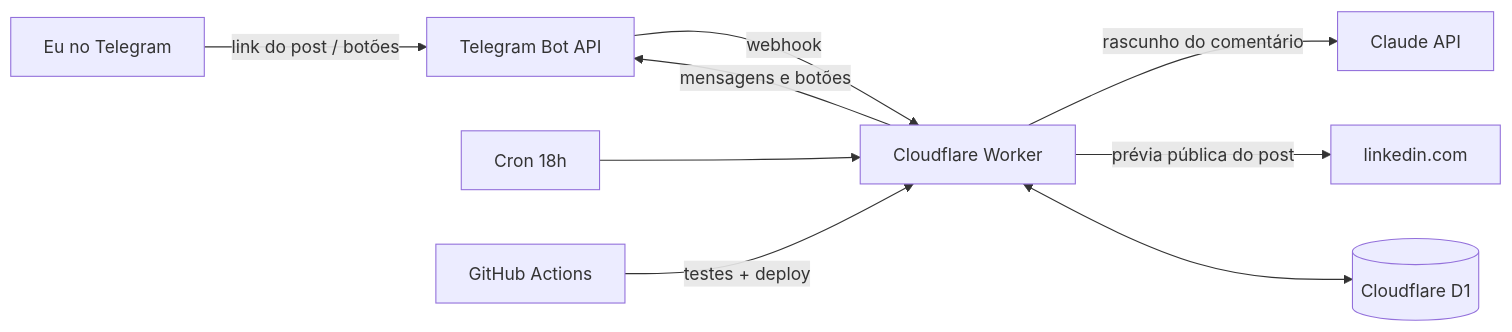
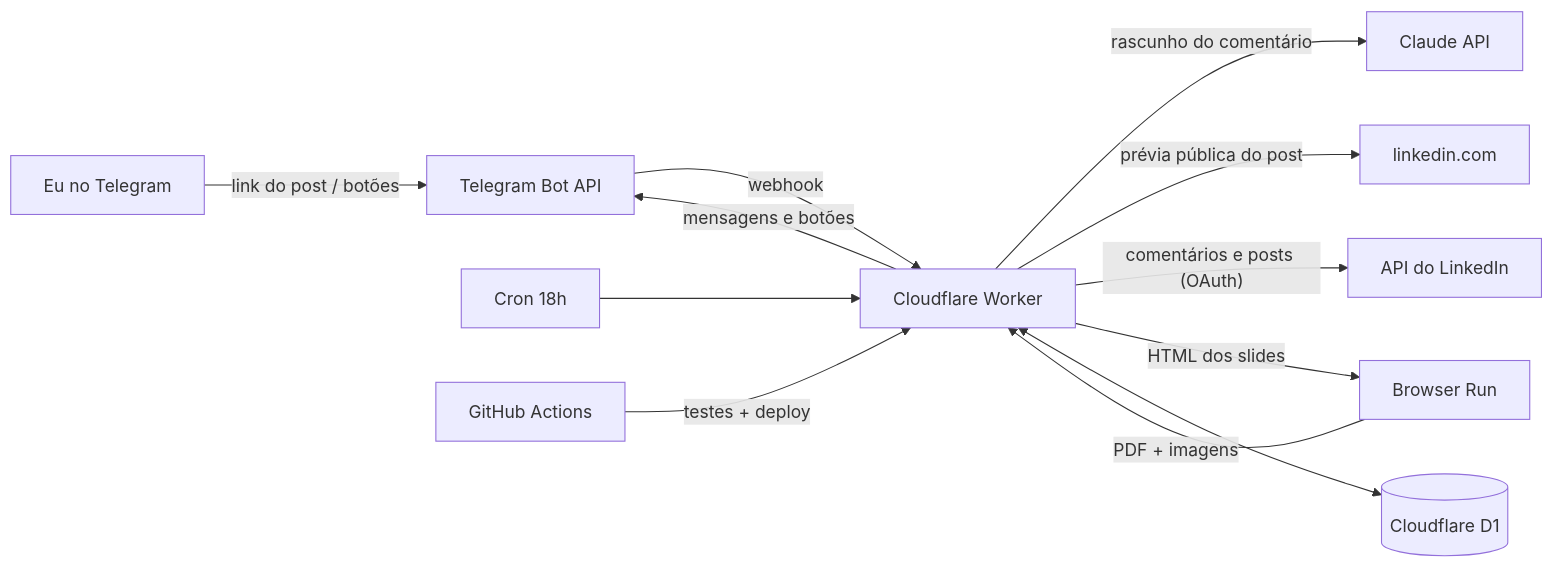
The second of 2 diagrams in README.md (maferfan/ssi-copilot), drawn with Mermaid before and after one commit. The commit also changed other lines of this file and 19 other files, not shown here.

First line of the commit message:
Fase 3: comentários publicados no LinkedIn e carrossel de sexta

````diff
--- a/README.md
+++ b/README.md
@@ -73,11 +84,14 @@
 ```mermaid
 flowchart LR
     U[Eu no Telegram] -- link do post / botões --> TG[Telegram Bot API]
     TG -- webhook --> W[Cloudflare Worker]
     W -- mensagens e botões --> TG
     C[Cron 18h] --> W
     W -- rascunho do comentário --> A[Claude API]
     W -- prévia pública do post --> L[linkedin.com]
+    W -- comentários e posts (OAuth) --> LA[API do LinkedIn]
+    W -- HTML dos slides --> BR[Browser Run]
+    BR -- PDF + imagens --> W
     W <--> D[(Cloudflare D1)]
     GH[GitHub Actions] -- testes + deploy --> W
 ```
````
